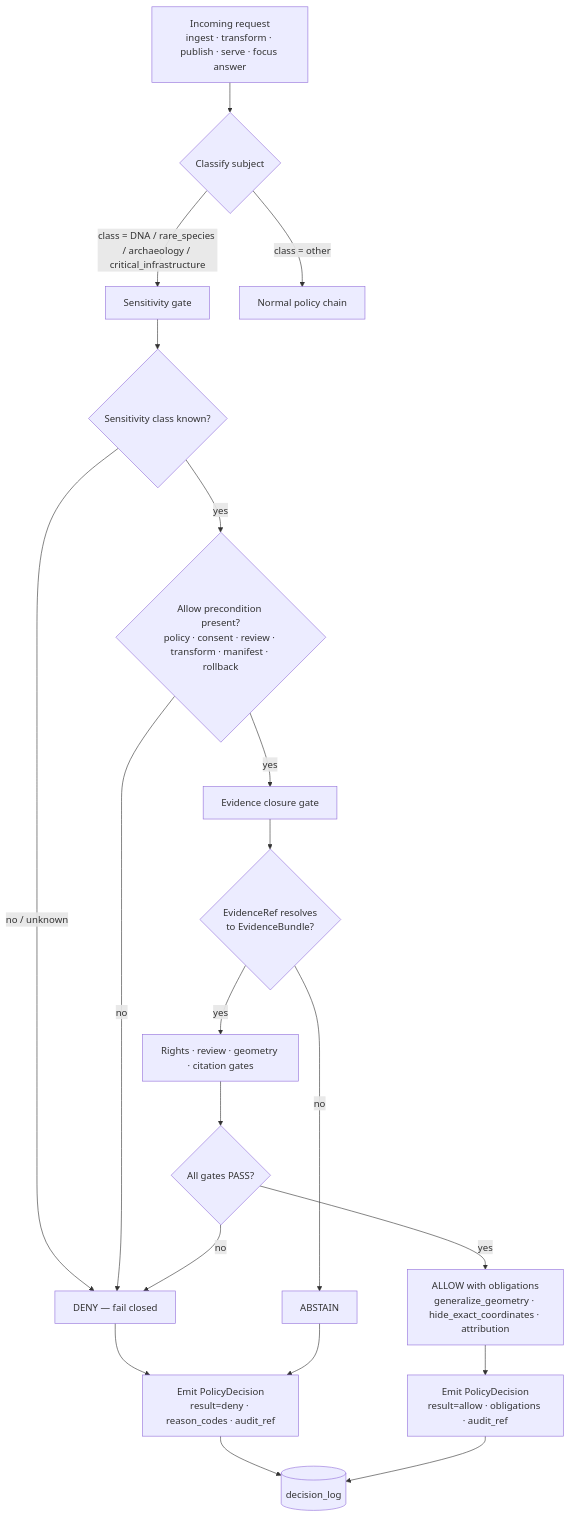
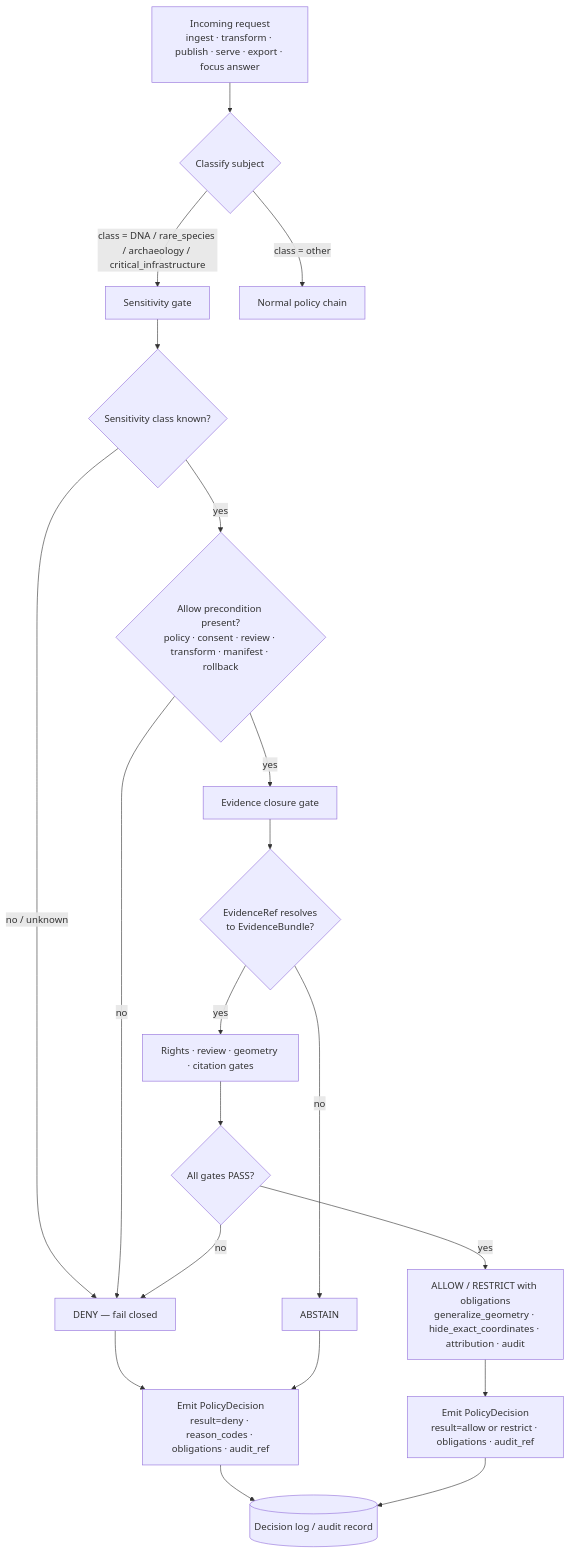
One commit to bartytime4life/Kansas-Frontier-Matrix changed the diagram in docs/adr/ADR-0010-deny-by-default-for-dna-rare-species-archaeology-infrastructure.md. Above: the diagram before and after it, drawn with Mermaid. The commit also changed other lines of this file, not shown here.

````diff
--- a/docs/adr/ADR-0010-deny-by-default-for-dna-rare-species-archaeology-infrastructure.md
+++ b/docs/adr/ADR-0010-deny-by-default-for-dna-rare-species-archaeology-infrastructure.md
@@ -182,25 +234,25 @@
 ```mermaid
 flowchart TD
-    A[Incoming request<br/>ingest · transform · publish · serve · focus answer] --> B{Classify subject}
+    A[Incoming request<br/>ingest · transform · publish · serve · export · focus answer] --> B{Classify subject}
     B -->|class = DNA / rare_species / archaeology / critical_infrastructure| C[Sensitivity gate]
     B -->|class = other| Z[Normal policy chain]
 
     C --> D{Sensitivity class known?}
     D -->|no / unknown| K[DENY — fail closed]
     D -->|yes| E{Allow precondition present?<br/>policy · consent · review · transform · manifest · rollback}
 
     E -->|no| K
     E -->|yes| F[Evidence closure gate]
     F --> G{EvidenceRef resolves<br/>to EvidenceBundle?}
     G -->|no| L[ABSTAIN]
     G -->|yes| H[Rights · review · geometry · citation gates]
     H --> I{All gates PASS?}
     I -->|no| K
-    I -->|yes| J[ALLOW with obligations<br/>generalize_geometry · hide_exact_coordinates · attribution]
+    I -->|yes| J[ALLOW / RESTRICT with obligations<br/>generalize_geometry · hide_exact_coordinates · attribution · audit]
 
-    K --> M[Emit PolicyDecision<br/>result=deny · reason_codes · audit_ref]
+    K --> M[Emit PolicyDecision<br/>result=deny · reason_codes · obligations · audit_ref]
     L --> M
-    J --> N[Emit PolicyDecision<br/>result=allow · obligations · audit_ref]
-    M --> O[(decision_log)]
+    J --> N[Emit PolicyDecision<br/>result=allow or restrict · obligations · audit_ref]
+    M --> O[(Decision log / audit record)]
     N --> O
 ```
````
